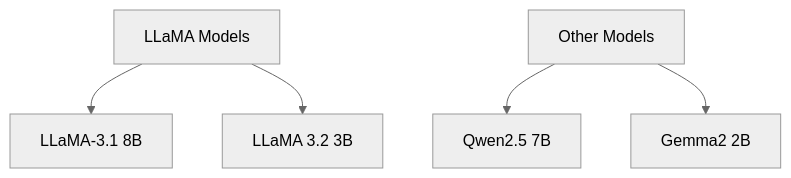
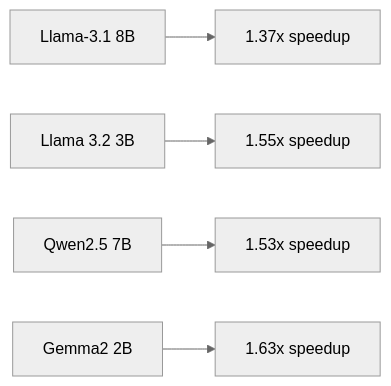
One commit to ajeetraina/jetson-orin-nano-super-guide changed the diagram in docs/labs/lab2/model-selection.md. Above: the diagram before and after it, drawn with Mermaid (neutral theme). The commit also changed other lines of this file and 2 other files, not shown here.

````diff
--- a/docs/labs/lab2/model-selection.md
+++ b/docs/labs/lab2/model-selection.md
@@ -7,7 +6,7 @@
 ```mermaid
-graph TB
-    A[LLaMA Models] --> B[LLaMA-3.1 8B]
-    A --> C[LLaMA 3.2 3B]
-    D[Other Models] --> E[Qwen2.5 7B]
-    D --> F[Gemma2 2B]
+graph LR
+    A[Llama-3.1 8B] --> B[1.37x speedup]
+    C[Llama 3.2 3B] --> D[1.55x speedup]
+    E[Qwen2.5 7B] --> F[1.53x speedup]
+    G[Gemma2 2B] --> H[1.63x speedup]
 ```
````
